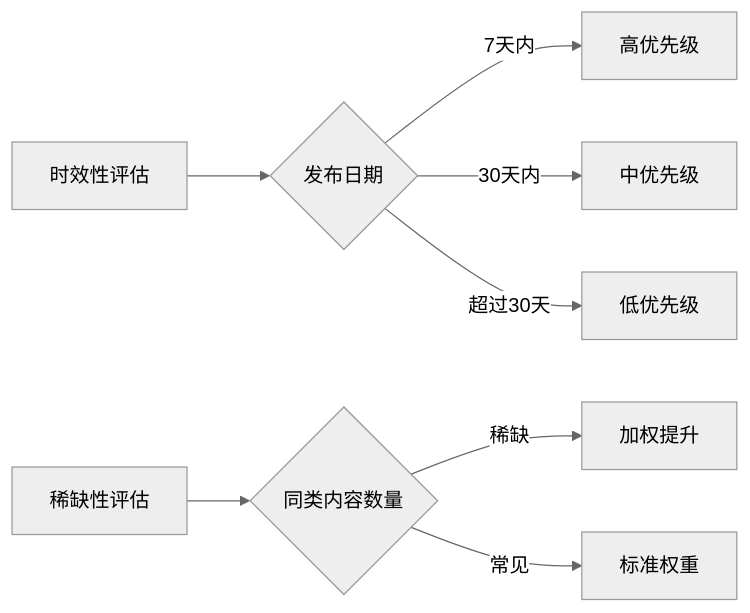
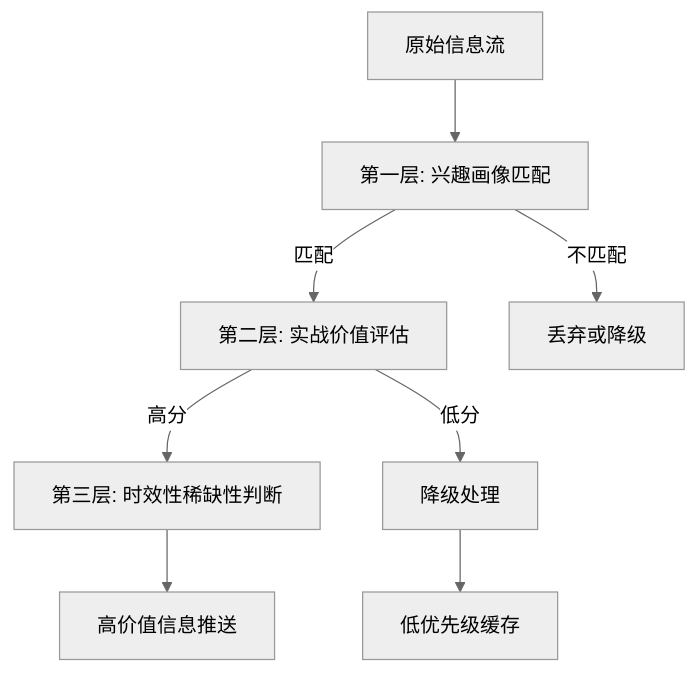
Before and after one commit to Succh/MiClaw-AI-Blog: the second of 4 diagrams in docs/专题-信息过载的智能筛选.md, drawn with Mermaid (neutral theme). The commit also changed other lines of this file, not shown here.

Commit message:
添加5个Mermaid图表：信息过载问题、三层过滤总览、实战价值评估、时效性稀缺性判断

````diff
--- a/docs/专题-信息过载的智能筛选.md
+++ b/docs/专题-信息过载的智能筛选.md
@@ -59,11 +23,10 @@
 ```mermaid
-graph LR
-    A[时效性评估] --> B{发布日期}
-    B -->|7天内| C[高优先级]
-    B -->|30天内| D[中优先级]
-    B -->|超过30天| E[低优先级]
-    
-    F[稀缺性评估] --> G{同类内容数量}
-    G -->|稀缺| H[加权提升]
-    G -->|常见| I[标准权重]
+graph TD
+    A[原始信息流] --> B[第一层: 兴趣画像匹配]
+    B -->|匹配| C[第二层: 实战价值评估]
+    B -->|不匹配| D[丢弃或降级]
+    C -->|高分| E[第三层: 时效性稀缺性判断]
+    C -->|低分| F[降级处理]
+    E --> G[高价值信息推送]
+    F --> H[低优先级缓存]
 ```
````
